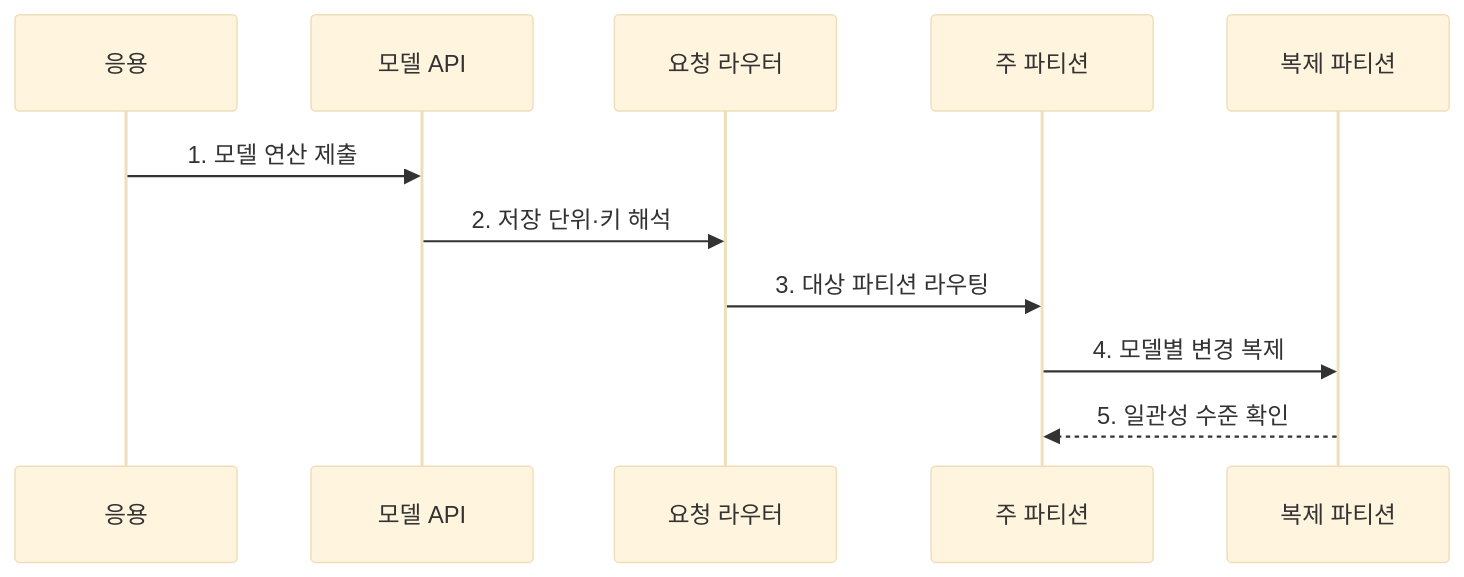
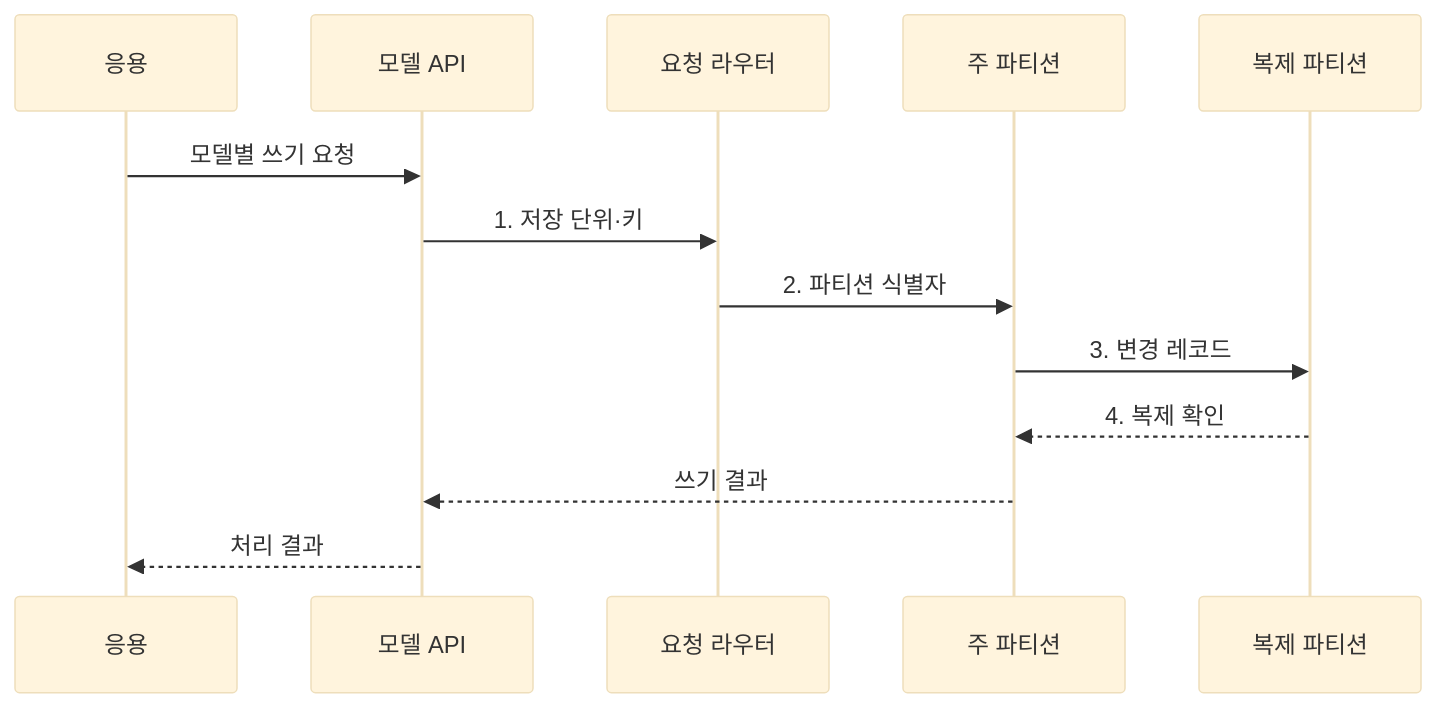
Before and after one commit to agnusdei1207/knowledge-base: the second of 2 diagrams in src/content/docs/notes/03-software/102_nosql_types.md, drawn with Mermaid (base theme). The commit also changed other lines of this file and 20 other files, not shown here.

````diff
--- a/src/content/docs/notes/03-software/102_nosql_types.md
+++ b/src/content/docs/notes/03-software/102_nosql_types.md
@@ -80,13 +90,15 @@
 ```mermaid
 sequenceDiagram
     participant A as 응용
     participant D as 모델 API
     participant R as 요청 라우터
     participant P as 주 파티션
     participant S as 복제 파티션
-    A->>D: 1. 모델 연산 제출
-    D->>R: 2. 저장 단위·키 해석
-    R->>P: 3. 대상 파티션 라우팅
-    P->>S: 4. 모델별 변경 복제
-    S-->>P: 5. 일관성 수준 확인
+    A->>D: 모델별 쓰기 요청
+    D->>R: 1. 저장 단위·키
+    R->>P: 2. 파티션 식별자
+    P->>S: 3. 변경 레코드
+    S-->>P: 4. 복제 확인
+    P-->>D: 쓰기 결과
+    D-->>A: 처리 결과
 ```
````
